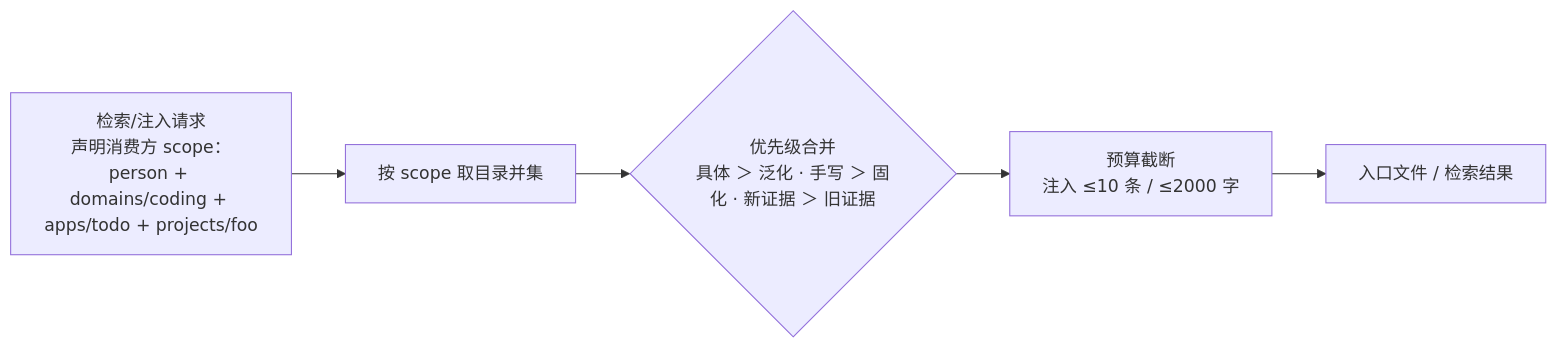
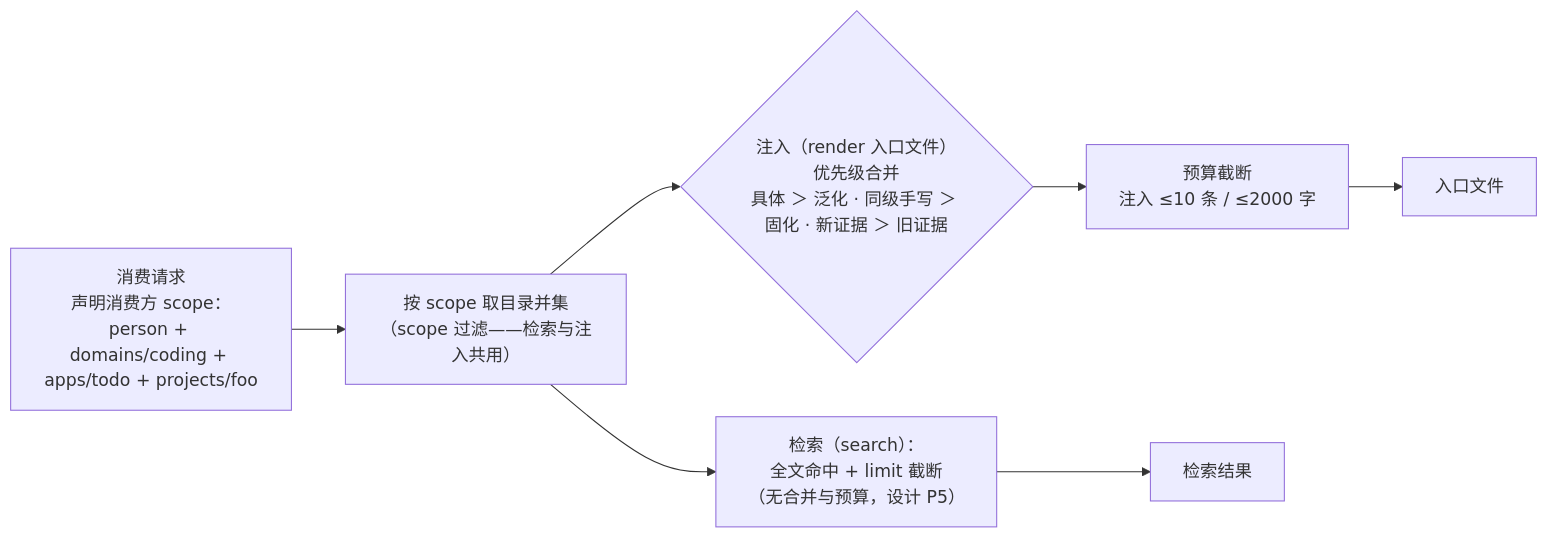
The second of 4 diagrams in docs/PERSONAL_MEMORY_HUB_PROPOSAL.md (Jo0OCTsai/pokemon-remember-you), drawn with Mermaid before and after one commit. The commit also changed other lines of this file and 5 other files, not shown here.

First line of the commit message:
docs: debt 清偿（需求/设计 v1.11）+ 场景推演时序图（推演 v1.5）

````diff
--- a/docs/PERSONAL_MEMORY_HUB_PROPOSAL.md
+++ b/docs/PERSONAL_MEMORY_HUB_PROPOSAL.md
@@ -114,8 +114,10 @@
 ```mermaid
 flowchart LR
-    REQ["检索/注入请求<br/>声明消费方 scope：<br/>person + domains/coding + apps/todo + projects/foo"]
-    REQ --> UNION["按 scope 取目录并集"]
-    UNION --> MERGE{"优先级合并<br/>具体 ＞ 泛化 · 手写 ＞ 固化 · 新证据 ＞ 旧证据"}
+    REQ["消费请求<br/>声明消费方 scope：<br/>person + domains/coding + apps/todo + projects/foo"]
+    REQ --> UNION["按 scope 取目录并集<br/>（scope 过滤——检索与注入共用）"]
+    UNION --> SEARCH["检索（search）：<br/>全文命中 + limit 截断<br/>（无合并与预算，设计 P5）"]
+    UNION --> MERGE{"注入（render 入口文件）优先级合并<br/>具体 ＞ 泛化 · 同级手写 ＞ 固化 · 新证据 ＞ 旧证据"}
     MERGE --> BUDGET["预算截断<br/>注入 ≤10 条 / ≤2000 字"]
-    BUDGET --> OUT["入口文件 / 检索结果"]
+    SEARCH --> OUT1["检索结果"]
+    BUDGET --> OUT2["入口文件"]
 ```
````
